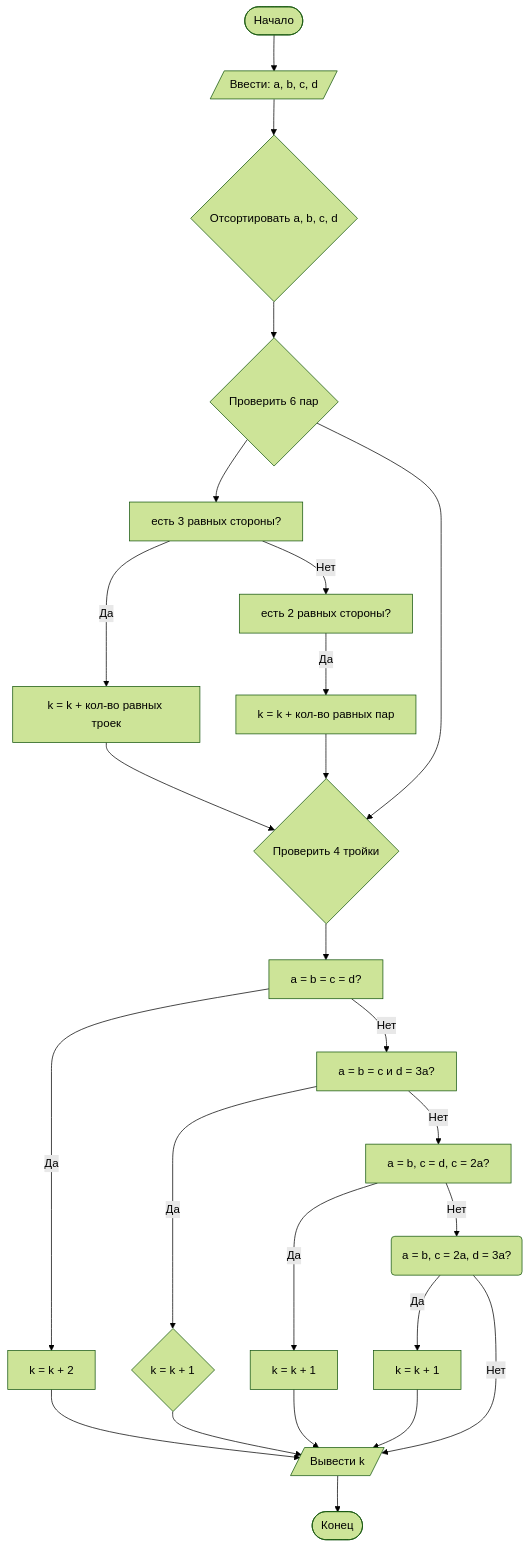
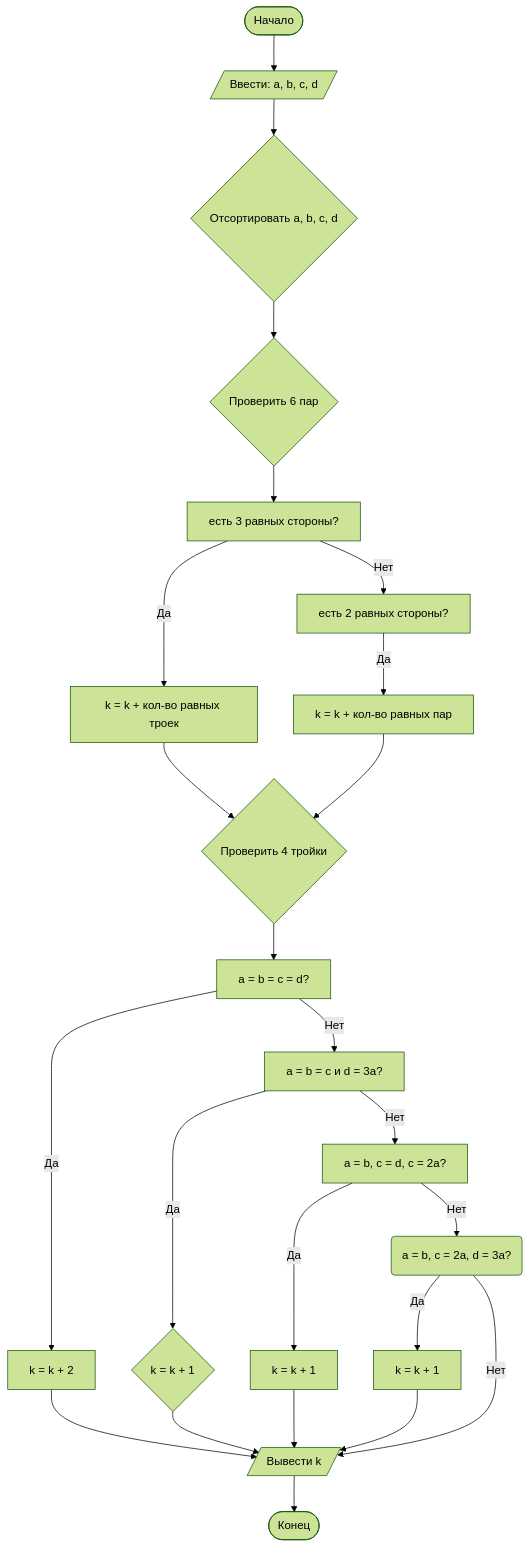
One commit to andreyka239/Lab1 changed the diagram in Lab1/description.md. Above: the diagram before and after it, drawn with Mermaid (forest theme).

````diff
--- a/Lab1/description.md
+++ b/Lab1/description.md
@@ -143,27 +143,26 @@
 ```mermaid
 graph TD
         A([Начало]) --> B[/Ввести: a, b, c, d/]
         B --> C{Отсортировать a, b, c, d}
         C --> D{Проверить 6 пар}
         D --> Y[есть 3 равных стороны?]
         Y -- Да --> P[k = k + кол-во равных троек]
         Y -- Нет --> Q[есть 2 равных стороны?]
         Q -- Да --> V[k = k + кол-во равных пар]
-        D --> E{Проверить 4 тройки}
+        P --> E{Проверить 4 тройки}
         E --> F[a = b = c = d?]
         F -- Да --> G[k = k + 2]
         F -- Нет --> H[a = b = c и d = 3a?]
         H -- Да --> I{k = k + 1}
         H -- Нет --> J[a = b, c = d, c = 2a?]
         J -- Да --> K[k = k + 1]
         J -- Нет --> L(a = b, c = 2a, d = 3a?)
         L -- Да --> M[k = k + 1]
         L -- Нет --> N[/Вывести k/]
-        P --> E
         V --> E
         G --> N
         I --> N
         K --> N
         M --> N
         N --> O([Конец])
 ```
````
